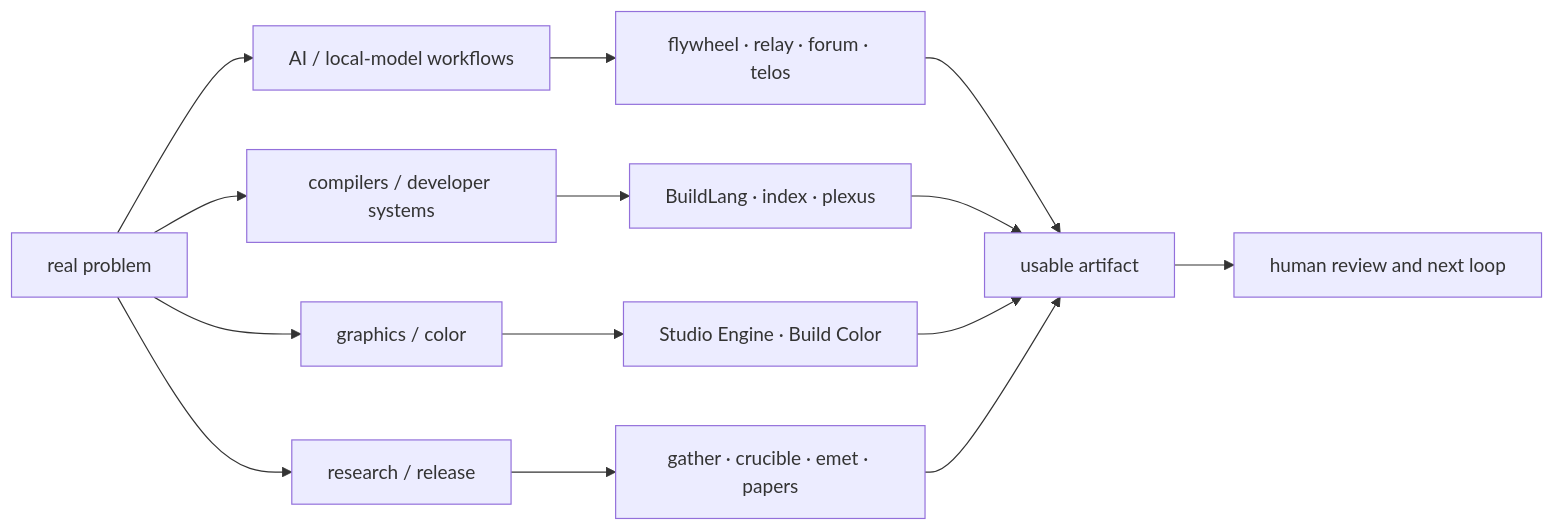
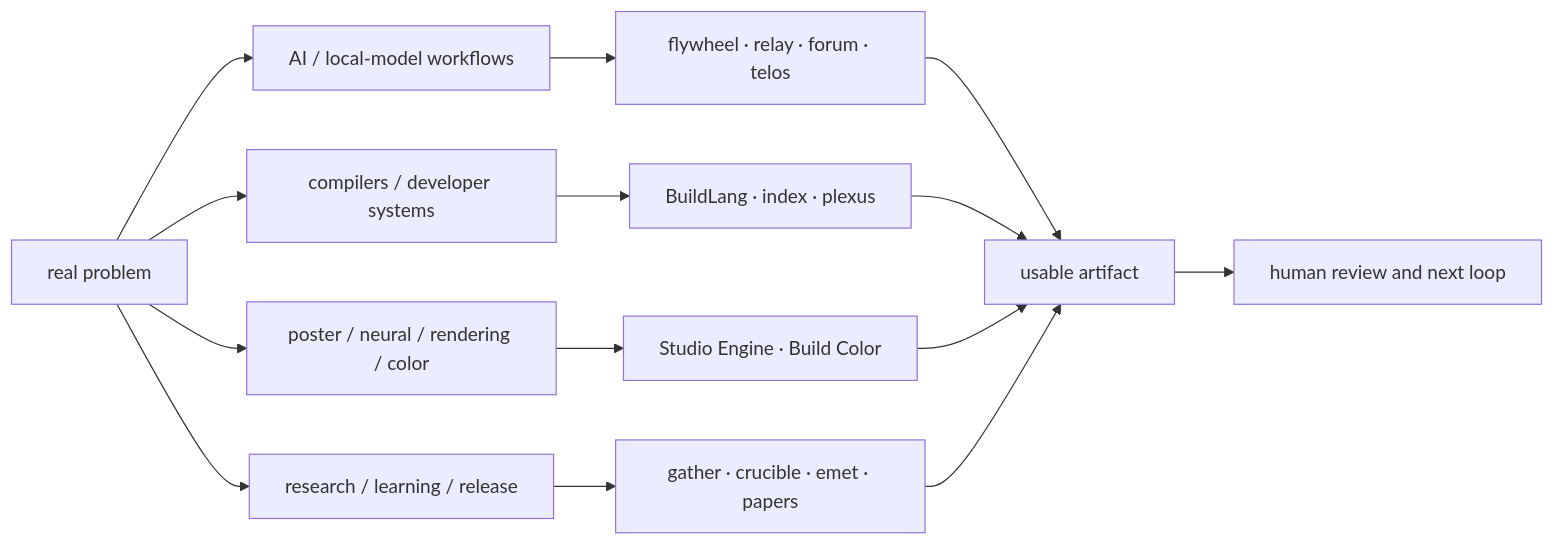
Before and after one commit to HarperZ9/HarperZ9: the diagram in README.md, drawn with Mermaid. The commit also changed other lines of this file and 1 other file, not shown here.

Commit message:
feat: refresh commercial and learning positioning

````diff
--- a/README.md
+++ b/README.md
@@ -83,16 +86,16 @@
 ```mermaid
 flowchart LR
     problem["real problem"] --> models["AI / local-model workflows"]
     problem --> systems["compilers / developer systems"]
-    problem --> visuals["graphics / color"]
-    problem --> research["research / release"]
+    problem --> visuals["poster / neural / rendering / color"]
+    problem --> research["research / learning / release"]
     models --> tools["flywheel · relay · forum · telos"]
     systems --> compiler["BuildLang · index · plexus"]
     visuals --> art["Studio Engine · Build Color"]
     research --> evidence["gather · crucible · emet · papers"]
     tools --> artifact["usable artifact"]
     compiler --> artifact
     art --> artifact
     evidence --> artifact
     artifact --> human["human review and next loop"]
 ```
````
